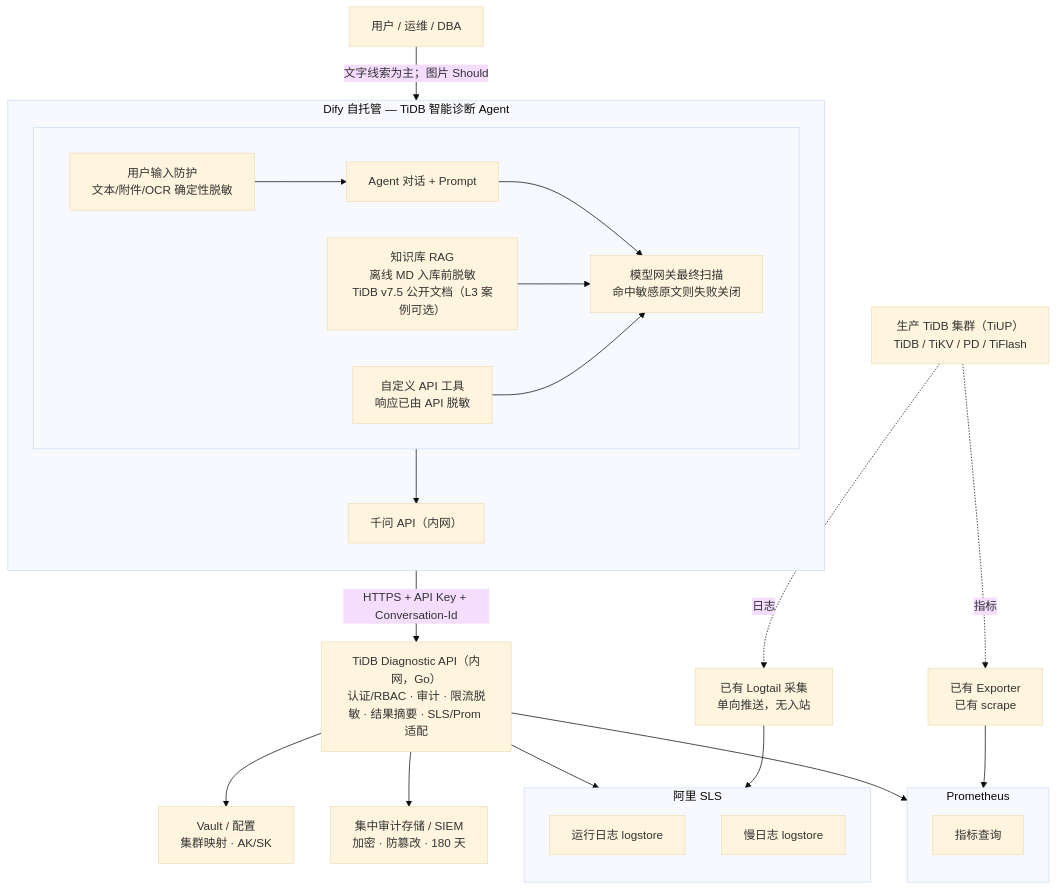
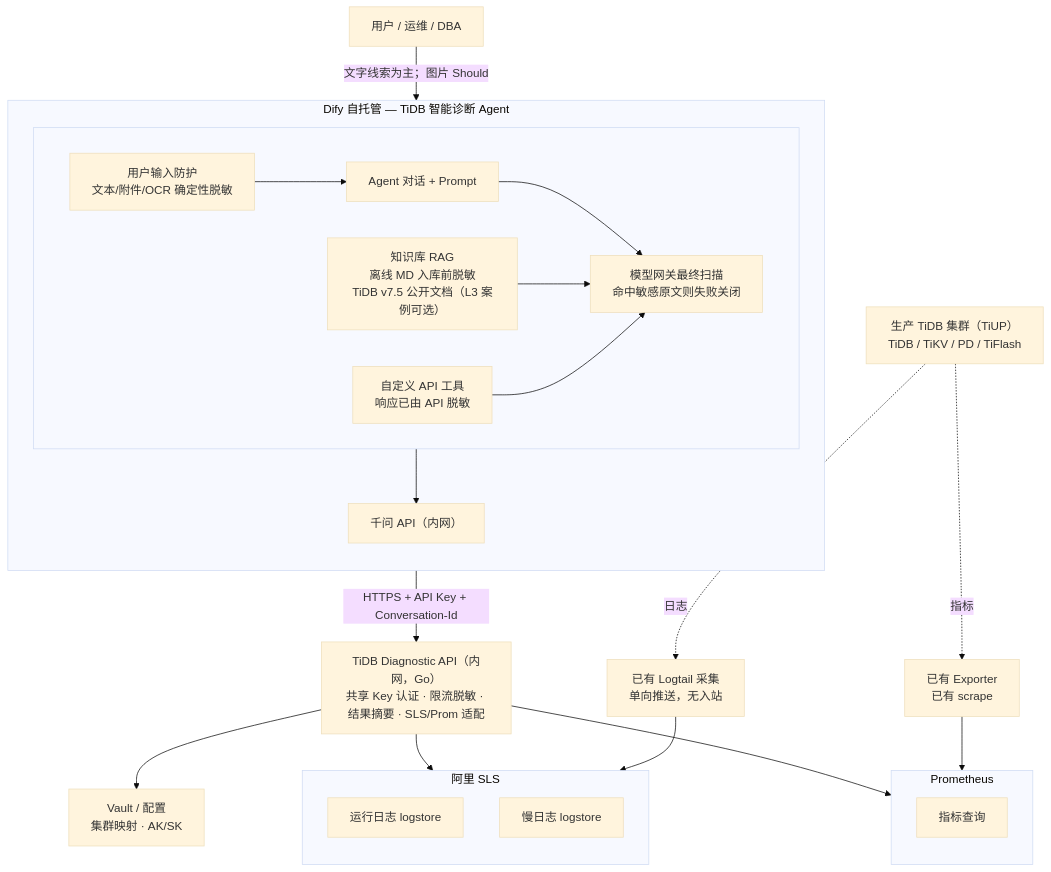
Before and after one commit to yangzhengjie/tidb-diag: the first of 10 diagrams in docs/tidb-diag-agent-technical-design.md, drawn with Mermaid (base theme). The commit also changed other lines of this file and 1 other file, not shown here.

````diff
--- a/docs/tidb-diag-agent-technical-design.md
+++ b/docs/tidb-diag-agent-technical-design.md
@@ -14,53 +14,50 @@
 ```mermaid
 flowchart TB
     User["用户 / 运维 / DBA"]
 
     subgraph DifyLayer["Dify 自托管 — TiDB 智能诊断 Agent"]
         direction TB
         subgraph DifyModules[" "]
             direction LR
             Guard["用户输入防护<br/>文本/附件/OCR 确定性脱敏"]
             Agent["Agent 对话 + Prompt"]
             RAG["知识库 RAG<br/>离线 MD 入库前脱敏<br/>TiDB v7.5 公开文档（L3 案例可选）"]
             Tools["自定义 API 工具<br/>响应已由 API 脱敏"]
             ModelGuard["模型网关最终扫描<br/>命中敏感原文则失败关闭"]
         end
         Guard --> Agent
         Agent --> ModelGuard
         RAG --> ModelGuard
         Tools --> ModelGuard
         ModelGuard --> Qwen
         Qwen["千问 API（内网）"]
     end
 
-    API["TiDB Diagnostic API（内网，Go）<br/>认证/RBAC · 审计 · 限流脱敏 · 结果摘要 · SLS/Prom 适配"]
+    API["TiDB Diagnostic API（内网，Go）<br/>共享 Key 认证 · 限流脱敏 · 结果摘要 · SLS/Prom 适配"]
 
     subgraph SLSLayer["阿里 SLS"]
         direction TB
         Runtime["运行日志 logstore"]
         Slow["慢日志 logstore"]
     end
 
     subgraph PromLayer["Prometheus"]
         direction TB
         Metrics["指标查询"]
     end
 
     Vault["Vault / 配置<br/>集群映射 · AK/SK"]
-    AuditStore["集中审计存储 / SIEM<br/>加密 · 防篡改 · 180 天"]
-
     Logtail["已有 Logtail 采集<br/>单向推送，无入站"]
     Exporter["已有 Exporter<br/>已有 scrape"]
     Prod["生产 TiDB 集群（TiUP）<br/>TiDB / TiKV / PD / TiFlash"]
 
     User -->|文字线索为主；图片 Should| Guard
     DifyLayer -->|HTTPS + API Key + Conversation-Id| API
     API --> SLSLayer
     API --> PromLayer
     API --> Vault
-    API --> AuditStore
     Prod -.->|日志| Logtail
     Prod -.->|指标| Exporter
     Logtail --> SLSLayer
     Exporter --> PromLayer
 ```
````
